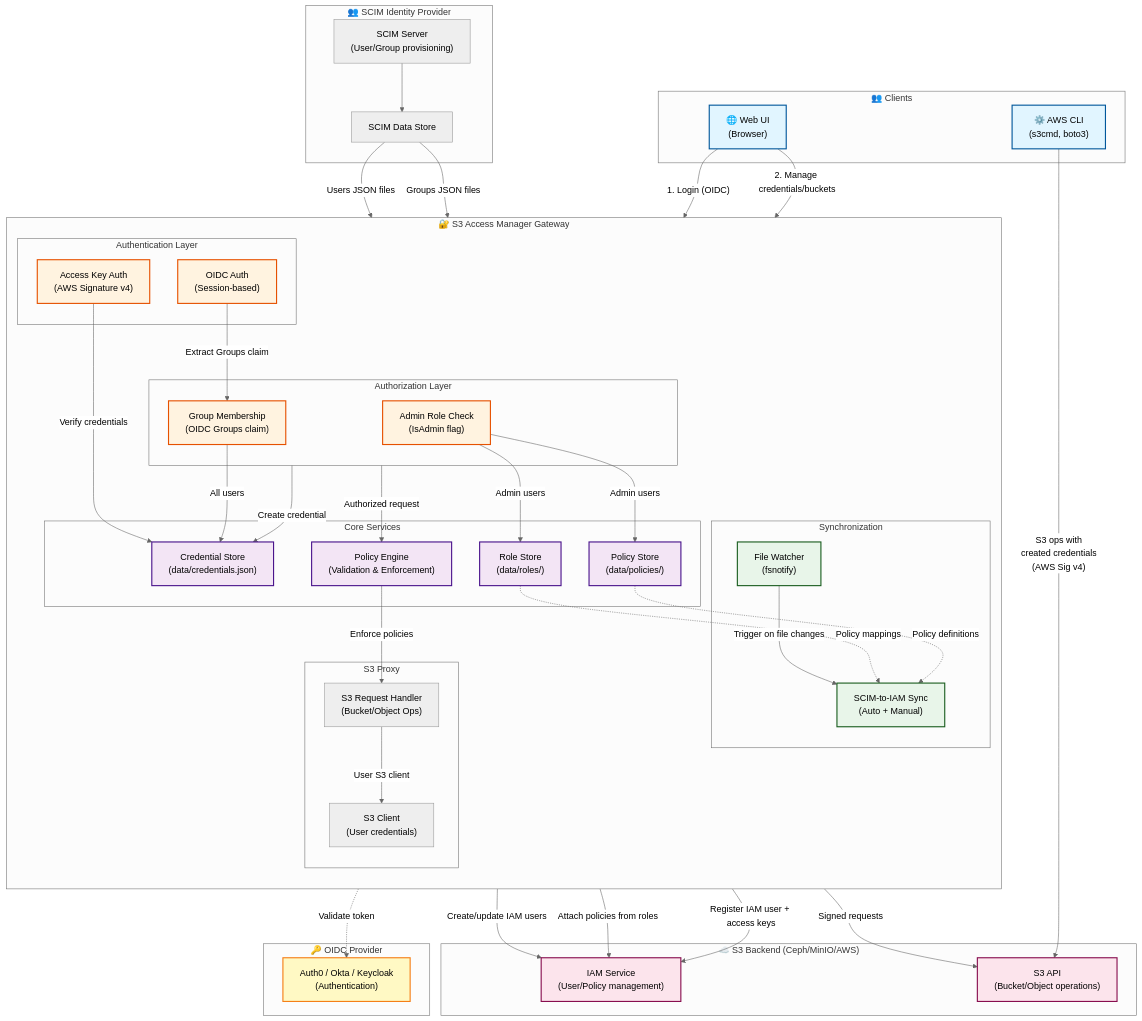
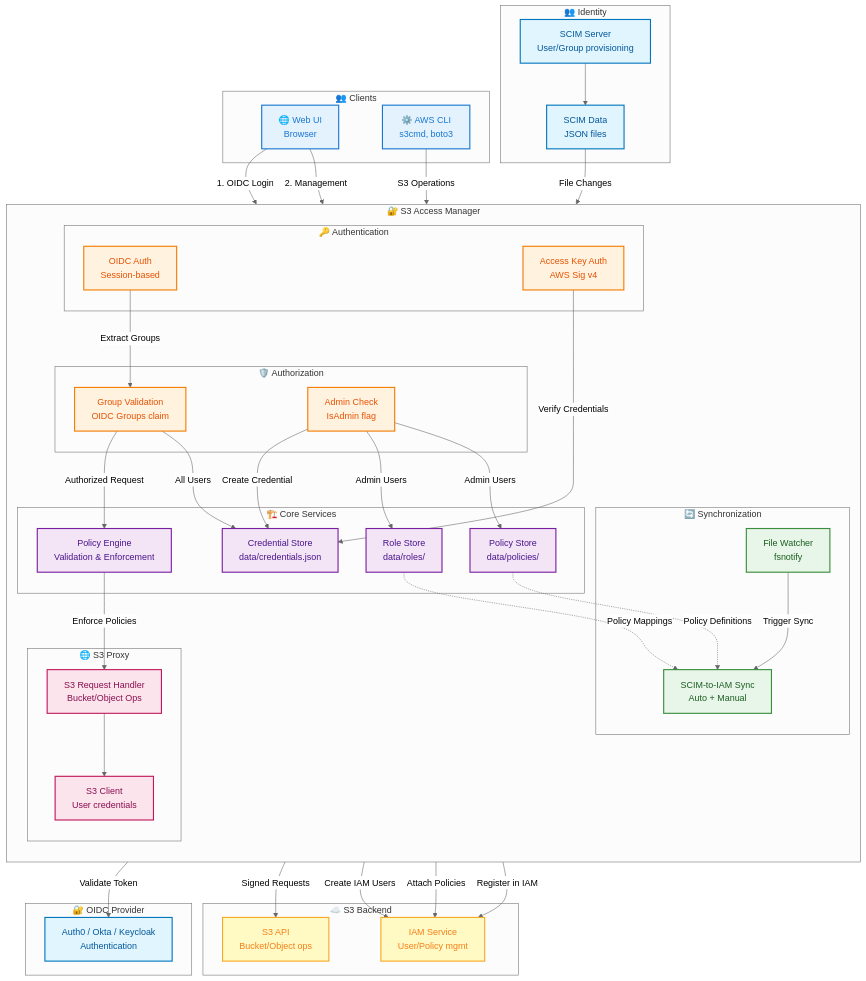
Before and after one commit to HarryKodden/S3-Access-Manager: the diagram in README.md, drawn with Mermaid (neutral theme). The commit also changed other lines of this file and 10 other files, not shown here.

````diff
--- a/README.md
+++ b/README.md
@@ -27,102 +26,102 @@
 ```mermaid
 flowchart TB
-    subgraph Clients["👥 Clients"]
-        WebUI["🌐 Web UI<br/>(Browser)"]
-        AWSCLI["⚙️ AWS CLI<br/>(s3cmd, boto3)"]
+    %% Define styles
+    classDef clientClass fill:#e3f2fd,stroke:#1976d2,stroke-width:2px,color:#1976d2
+    classDef authClass fill:#fff3e0,stroke:#f57c00,stroke-width:2px,color:#e65100
+    classDef coreClass fill:#f3e5f5,stroke:#7b1fa2,stroke-width:2px,color:#4a148c
+    classDef syncClass fill:#e8f5e9,stroke:#388e3c,stroke-width:2px,color:#1b5e20
+    classDef proxyClass fill:#fce4ec,stroke:#c2185b,stroke-width:2px,color:#880e4f
+    classDef backendClass fill:#fff9c4,stroke:#f9a825,stroke-width:2px,color:#f57f17
+    classDef oidcClass fill:#e1f5fe,stroke:#0277bd,stroke-width:2px,color:#01579b
+
+    %% Clients
+    subgraph "👥 Clients"
+        WebUI["🌐 Web UI<br/>Browser"]
+        AWSCLI["⚙️ AWS CLI<br/>s3cmd, boto3"]
     end
 
-    subgraph Gateway["🔐 S3 Access Manager Gateway"]
+    %% Gateway
+    subgraph "🔐 S3 Access Manager"
         direction TB
-        
-        subgraph Auth["Authentication Layer"]
-            OIDC["OIDC Auth<br/>(Session-based)"]
-            AccessKey["Access Key Auth<br/>(AWS Signature v4)"]
+
+        subgraph "🔑 Authentication"
+            OIDC["OIDC Auth<br/>Session-based"]
+            AccessKey["Access Key Auth<br/>AWS Sig v4"]
         end
-        
-        subgraph RBAC["Authorization Layer"]
-            AdminCheck["Admin Role Check<br/>(IsAdmin flag)"]
-            GroupCheck["Group Membership<br/>(OIDC Groups claim)"]
+
+        subgraph "🛡️ Authorization"
+            AdminCheck["Admin Check<br/>IsAdmin flag"]
+            GroupCheck["Group Validation<br/>OIDC Groups claim"]
         end
-        
-        subgraph Core["Core Services"]
-            PolicyEngine["Policy Engine<br/>(Validation & Enforcement)"]
-            CredStore["Credential Store<br/>(data/credentials.json)"]
-            PolicyStore["Policy Store<br/>(data/policies/)"]
-            RoleStore["Role Store<br/>(data/roles/)"]
+
+        subgraph "🏗️ Core Services"
+            PolicyEngine["Policy Engine<br/>Validation & Enforcement"]
+            CredStore["Credential Store<br/>data/credentials.json"]
+            PolicyStore["Policy Store<br/>data/policies/"]
+            RoleStore["Role Store<br/>data/roles/"]
         end
-        
-        subgraph Sync["Synchronization"]
-            FileWatcher["File Watcher<br/>(fsnotify)"]
-            SyncService["SCIM-to-IAM Sync<br/>(Auto + Manual)"]
+
+        subgraph "🔄 Synchronization"
+            FileWatcher["File Watcher<br/>fsnotify"]
+            SyncService["SCIM-to-IAM Sync<br/>Auto + Manual"]
         end
-        
-        subgraph Proxy["S3 Proxy"]
-            S3Handler["S3 Request Handler<br/>(Bucket/Object Ops)"]
-            S3Client["S3 Client<br/>(User credentials)"]
+
+        subgraph "🌐 S3 Proxy"
+            S3Handler["S3 Request Handler<br/>Bucket/Object Ops"]
+            S3Client["S3 Client<br/>User credentials"]
         end
     end
 
-    subgraph SCIM["👥 SCIM Identity Provider"]
-        SCIMServer["SCIM Server<br/>(User/Group provisioning)"]
-        SCIMData["SCIM Data Store"]
-        SCIMServer --> SCIMData
+    %% External Services
+    subgraph "👥 Identity"
+        SCIM["SCIM Server<br/>User/Group provisioning"]
+        SCIMData["SCIM Data<br/>JSON files"]
     end
 
-    subgraph Backend["☁️ S3 Backend (Ceph/MinIO/AWS)"]
-        S3API["S3 API<br/>(Bucket/Object operations)"]
-        IAM["IAM Service<br/>(User/Policy management)"]
+    subgraph "☁️ S3 Backend"
+        S3API["S3 API<br/>Bucket/Object ops"]
+        IAM["IAM Service<br/>User/Policy mgmt"]
     end
 
-    subgraph OIDC_Provider["🔑 OIDC Provider"]
-        AuthProvider["Auth0 / Okta / Keycloak<br/>(Authentication)"]
+    subgraph "🔐 OIDC Provider"
+        AuthProvider["Auth0 / Okta / Keycloak<br/>Authentication"]
     end
 
-    %% Client connections
-    WebUI -->|"1. Login (OIDC)"| OIDC
-    WebUI -->|"2. Manage credentials/buckets"| RBAC
-    AWSCLI -->|"S3 ops with<br/>created credentials<br/>(AWS Sig v4)"| S3API
+    %% Connections
+    WebUI -->|"1. OIDC Login"| OIDC
+    WebUI -->|"2. Management"| AdminCheck
+    AWSCLI -->|"S3 Operations"| AccessKey
 
-    %% Auth flow
-    OIDC -.->|"Validate token"| AuthProvider
-    OIDC -->|"Extract Groups claim"| GroupCheck
-    AccessKey -->|"Verify credentials"| CredStore
+    OIDC -->|"Validate Token"| AuthProvider
+    OIDC -->|"Extract Groups"| GroupCheck
+    AccessKey -->|"Verify Credentials"| CredStore
 
-    %% RBAC flow
-    AdminCheck -->|"Admin users"| PolicyStore
-    AdminCheck -->|"Admin users"| RoleStore
-    GroupCheck -->|"All users"| CredStore
+    AdminCheck -->|"Admin Users"| PolicyStore
+    AdminCheck -->|"Admin Users"| RoleStore
+    GroupCheck -->|"All Users"| CredStore
 
-    %% SCIM sync flow
-    SCIMData -->|"Users JSON files"| FileWatcher
-    SCIMData -->|"Groups JSON files"| FileWatcher
-    FileWatcher -->|"Trigger on file changes"| SyncService
-    SyncService -->|"Create/update IAM users"| IAM
-    SyncService -->|"Attach policies from roles"| IAM
-    RoleStore -.->|"Policy mappings"| SyncService
-    PolicyStore -.->|"Policy definitions"| SyncService
+    SCIM --> SCIMData
+    SCIMData -->|"File Changes"| FileWatcher
+    FileWatcher -->|"Trigger Sync"| SyncService
+    SyncService -->|"Create IAM Users"| IAM
+    SyncService -->|"Attach Policies"| IAM
+    RoleStore -.->|"Policy Mappings"| SyncService
+    PolicyStore -.->|"Policy Definitions"| SyncService
 
-    %% Credential creation flow
-    RBAC -->|"Create credential"| CredStore
-    CredStore -->|"Register IAM user + access keys"| IAM
+    AdminCheck -->|"Create Credential"| CredStore
+    CredStore -->|"Register in IAM"| IAM
 
-    %% S3 operations flow (via Gateway UI)
-    RBAC -->|"Authorized request"| PolicyEngine
-    PolicyEngine -->|"Enforce policies"| S3Handler
-    S3Handler -->|"User S3 client"| S3Client
-    S3Client -->|"Signed requests"| S3API
+    GroupCheck -->|"Authorized Request"| PolicyEngine
+    PolicyEngine -->|"Enforce Policies"| S3Handler
+    S3Handler --> S3Client
+    S3Client -->|"Signed Requests"| S3API
 
-    %% Styling
-    classDef clientStyle fill:#e1f5ff,stroke:#01579b,stroke-width:2px
-    classDef authStyle fill:#fff3e0,stroke:#e65100,stroke-width:2px
-    classDef coreStyle fill:#f3e5f5,stroke:#4a148c,stroke-width:2px
-    classDef syncStyle fill:#e8f5e9,stroke:#1b5e20,stroke-width:2px
-    classDef backendStyle fill:#fce4ec,stroke:#880e4f,stroke-width:2px
-    classDef oidcStyle fill:#fff9c4,stroke:#f57f17,stroke-width:2px
-
-    class WebUI,AWSCLI clientStyle
-    class OIDC,AccessKey,AdminCheck,GroupCheck authStyle
-    class PolicyEngine,CredStore,PolicyStore,RoleStore coreStyle
-    class FileWatcher,SyncService syncStyle
-    class S3API,IAM backendStyle
-    class AuthProvider oidcStyle
+    %% Apply styles
+    class WebUI,AWSCLI clientClass
+    class OIDC,AccessKey,AdminCheck,GroupCheck authClass
+    class PolicyEngine,CredStore,PolicyStore,RoleStore coreClass
+    class FileWatcher,SyncService syncClass
+    class S3Handler,S3Client proxyClass
+    class S3API,IAM backendClass
+    class SCIM,SCIMData,AuthProvider oidcClass
 ```
````
